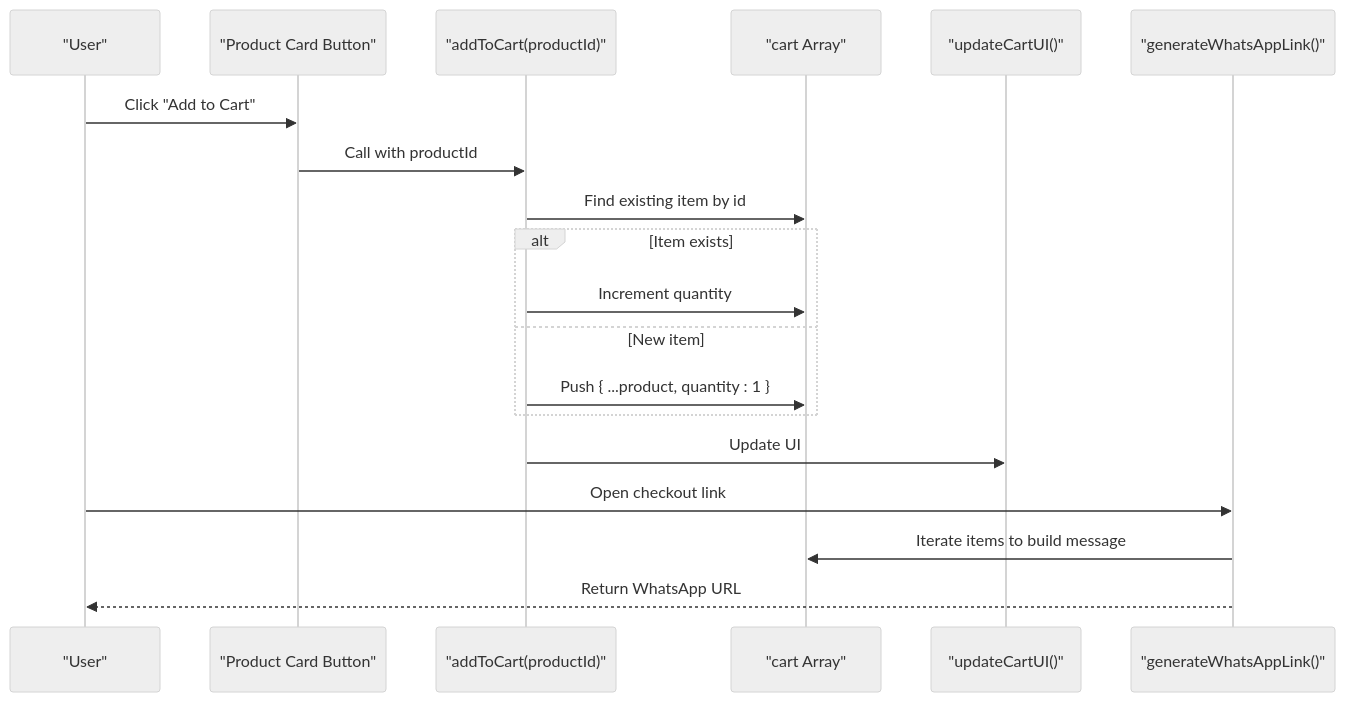
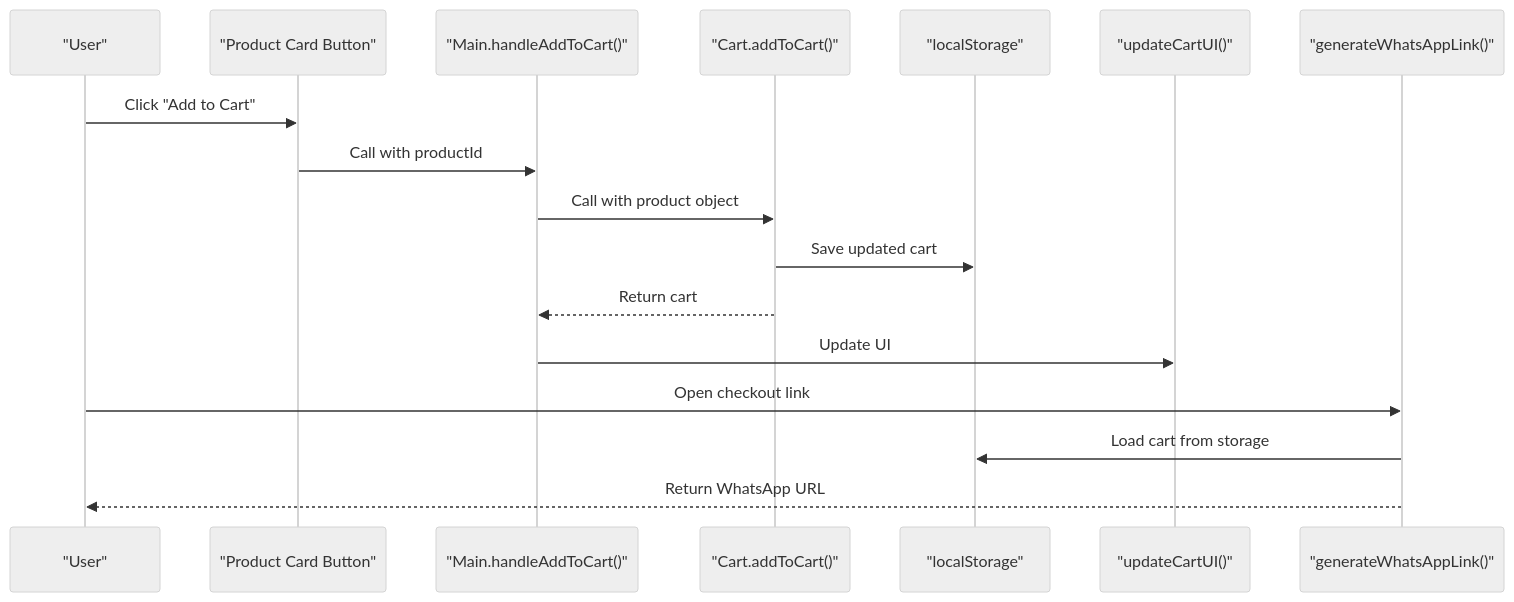
Before and after one commit to queenflowerhk/queenflowerhk.github.io: the second of 7 diagrams in .qoder/repowiki/en/content/User Interface Components/Interactive Elements/Shopping Cart Sidebar/Cart State Management.md, drawn with Mermaid (neutral theme). The commit also changed other lines of this file and 36 other files, not shown here.

````diff
--- a/.qoder/repowiki/en/content/User Interface Components/Interactive Elements/Shopping Cart Sidebar/Cart State Management.md
+++ b/.qoder/repowiki/en/content/User Interface Components/Interactive Elements/Shopping Cart Sidebar/Cart State Management.md
@@ -91,21 +100,19 @@
 ```mermaid
 sequenceDiagram
 participant U as "User"
 participant P as "Product Card Button"
-participant AC as "addToCart(productId)"
-participant CT as "cart Array"
+participant M as "Main.handleAddToCart()"
+participant C as "Cart.addToCart()"
+participant S as "localStorage"
 participant UI as "updateCartUI()"
 participant WL as "generateWhatsAppLink()"
 U->>P : Click "Add to Cart"
-P->>AC : Call with productId
-AC->>CT : Find existing item by id
-alt Item exists
-AC->>CT : Increment quantity
-else New item
-AC->>CT : Push { ...product, quantity : 1 }
-end
-AC->>UI : Update UI
+P->>M : Call with productId
+M->>C : Call with product object
+C->>S : Save updated cart
+C-->>M : Return cart
+M->>UI : Update UI
 U->>WL : Open checkout link
-WL->>CT : Iterate items to build message
+WL->>S : Load cart from storage
 WL-->>U : Return WhatsApp URL
 ```
````
